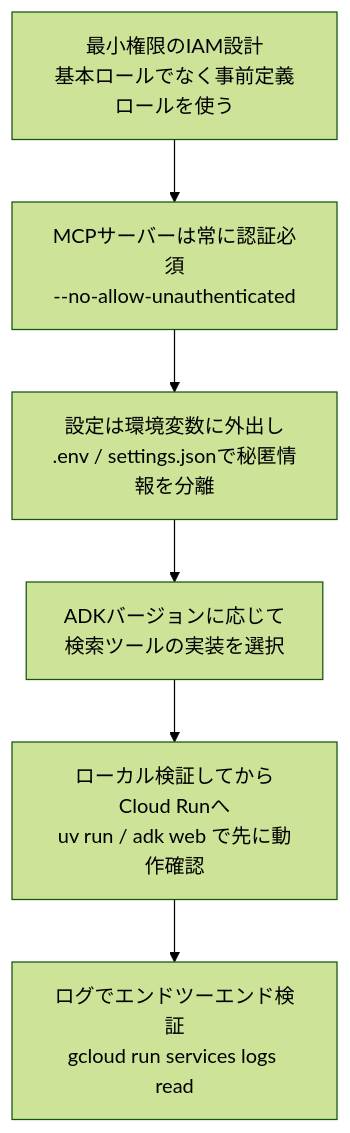
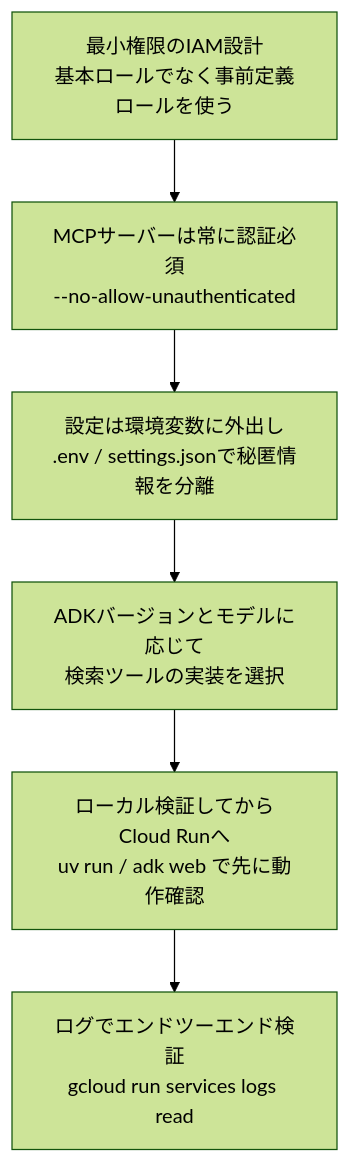
One commit to myoshi2891/Cloud-Infrastructure-Studies changed the sixth of 6 diagrams in Zoo-tour-guide-mcp-adk-challenge-lab-guide.md. Above: the diagram before and after it, drawn with Mermaid (forest theme). The commit also changed other lines of this file, not shown here.

````diff
--- a/Zoo-tour-guide-mcp-adk-challenge-lab-guide.md
+++ b/Zoo-tour-guide-mcp-adk-challenge-lab-guide.md
@@ -508,11 +528,11 @@
 ```mermaid
 flowchart TB
     A["最小権限のIAM設計<br/>基本ロールでなく事前定義ロールを使う"]
     B["MCPサーバーは常に認証必須<br/>--no-allow-unauthenticated"]
     C["設定は環境変数に外出し<br/>.env / settings.jsonで秘匿情報を分離"]
-    D["ADKバージョンに応じて<br/>検索ツールの実装を選択"]
+    D["ADKバージョンとモデルに応じて<br/>検索ツールの実装を選択"]
     E["ローカル検証してからCloud Runへ<br/>uv run / adk web で先に動作確認"]
     F["ログでエンドツーエンド検証<br/>gcloud run services logs read"]
 
     A --> B --> C --> D --> E --> F
 ```
````
